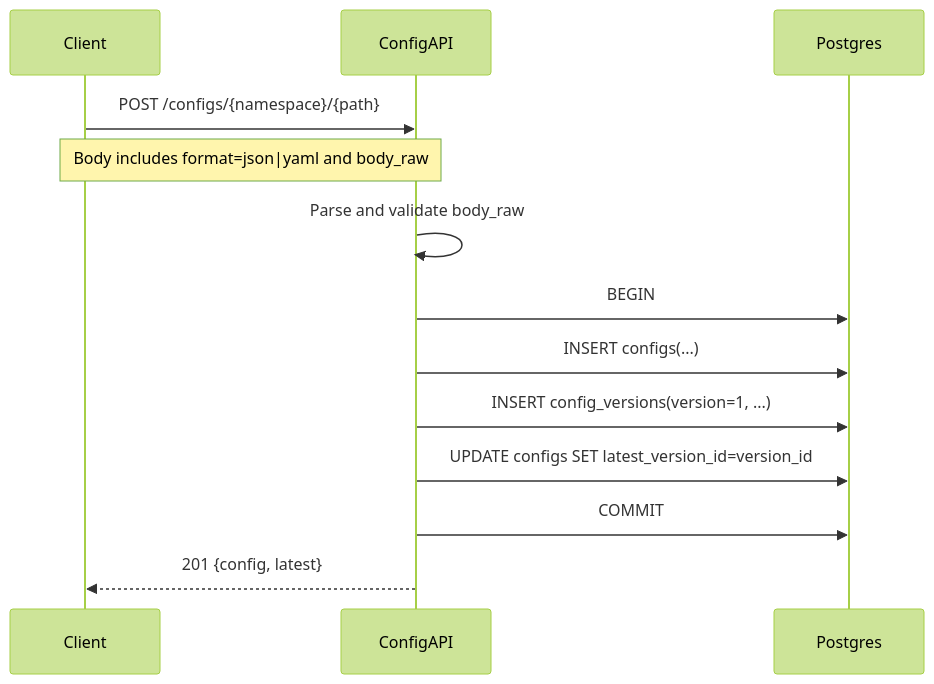
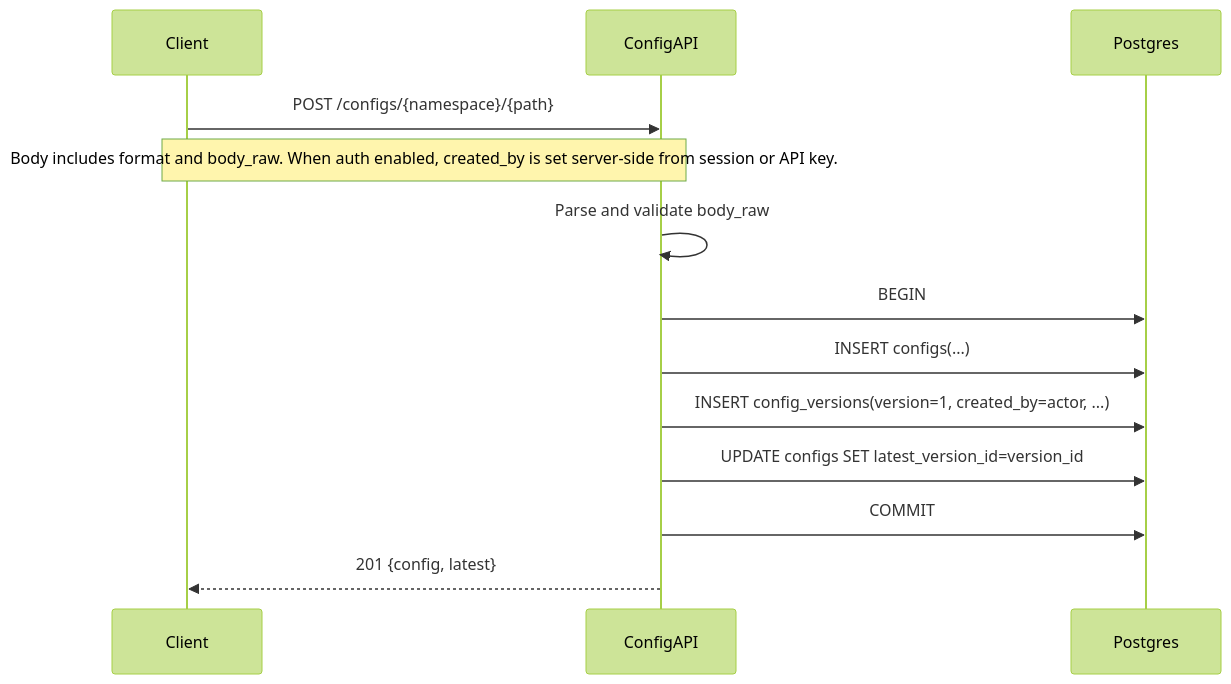
Before and after one commit to arverma/config-manager: the third of 6 diagrams in docs/architecture.md, drawn with Mermaid (forest theme). The commit also changed other lines of this file and 2 other files, not shown here.

Commit message:
Updated the openAPI info.version: 0.2.0

````diff
--- a/docs/architecture.md
+++ b/docs/architecture.md
@@ -101,16 +136,16 @@
 ```mermaid
 sequenceDiagram
 participant C as Client
 participant A as ConfigAPI
 participant P as Postgres
 
 C->>A: POST /configs/{namespace}/{path}
-note over C,A: Body includes format=json|yaml and body_raw
+note over C,A: Body includes format and body_raw. When auth enabled, created_by is set server-side from session or API key.
 A->>A: Parse and validate body_raw
 A->>P: BEGIN
 A->>P: INSERT configs(...)
-A->>P: INSERT config_versions(version=1, ...)
+A->>P: INSERT config_versions(version=1, created_by=actor, ...)
 A->>P: UPDATE configs SET latest_version_id=version_id
 A->>P: COMMIT
 A-->>C: 201 {config, latest}
 ```
````
